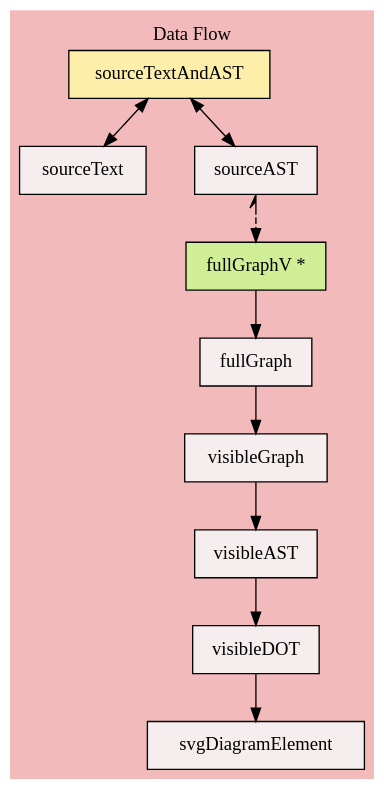
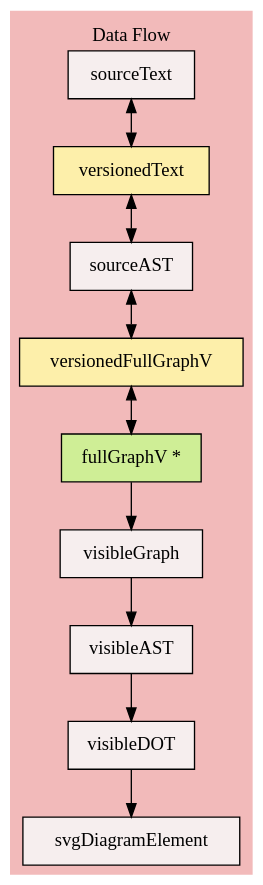
Before and after one commit to jpablo/graph-explorer: the diagram in docs/viewer-state.dot, drawn with Graphviz.

Commit message:
sync flow diagram

```diff
--- a/docs/viewer-state.dot
+++ b/docs/viewer-state.dot
@@ -1,47 +1,46 @@
 digraph "G" {
     graph [
         nodesep="0.5",
         rankdir="TB",
         label="Data Flow",
         pad=".1",
         labelloc="t",
         ranksep=".5",
         layout="dot",
         bgcolor="#f2baba",
         splines="spline"
     ];
     node [
         shape="polygon",
         style="filled",
         fillcolor="#f6eeee",
         peripheries="1"
     ];
     edge [
         decorate="false",
         constraint="true"
     ];
     "fullGraphV" [
         label="fullGraphV *",
         fillcolor="#cfee96"
     ];
-    "sourceTextAndAST" [fillcolor="#fdefaa"];
+    "versionedText" [fillcolor="#fdefaa"];
+    "versionedFullGraphV" [fillcolor="#fdefaa"];
     "visibleDOT"
     "visibleAST"
-    "fullGraph"
     "sourceText"
     "svgDiagramElement"
     "sourceAST"
     "visibleGraph"
-    "fullGraph" -> "visibleGraph";
-    "sourceTextAndAST" -> "sourceText" [dir="both"];
-    "sourceAST" -> "fullGraphV" [
-        dir="both",
-        style="dashed",
-        arrowtail="halfopen"
-    ];
+
+    "sourceText" -> "versionedText" [dir="both"];
+    "versionedText" -> "sourceAST" [dir="both"];
+    "sourceAST" -> "versionedFullGraphV" [dir="both"];
+    "versionedFullGraphV" -> "fullGraphV" [dir="both"];
+
+    "fullGraphV" -> "visibleGraph";
+    "visibleGraph" -> "visibleAST";
     "visibleAST" -> "visibleDOT";
-    "fullGraphV" -> "fullGraph";
-    "visibleGraph" -> "visibleAST";
+
     "visibleDOT" -> "svgDiagramElement";
-    "sourceTextAndAST" -> "sourceAST" [dir="both"];
 }
```
